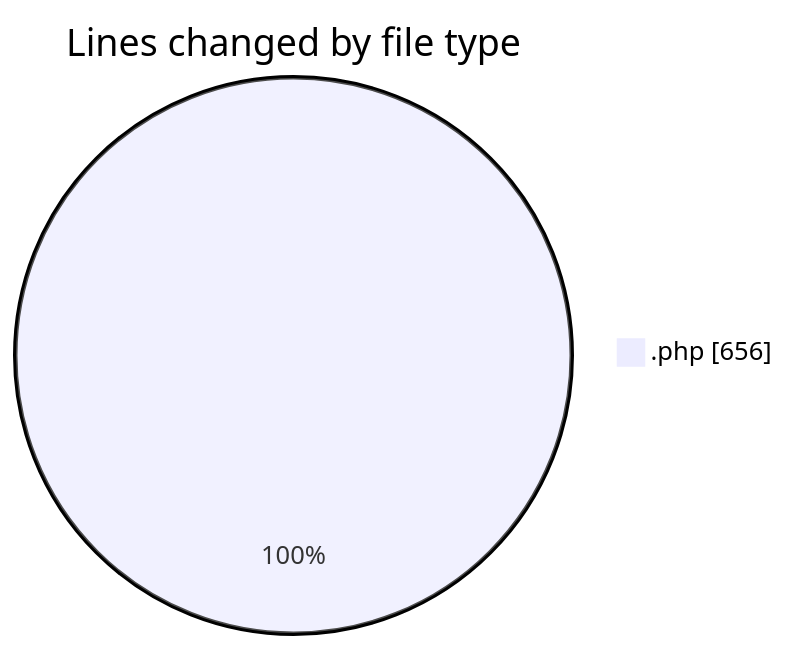
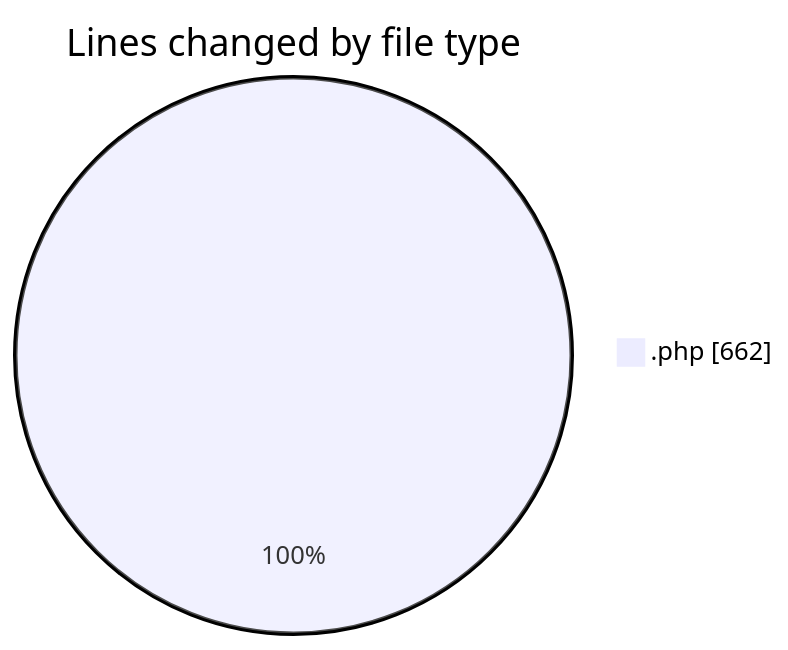
One commit to LanceThiago/code-tracking changed the first of 2 diagrams in 2025-10-03/totem2/README.md. Above: the diagram before and after it, drawn with Mermaid. The commit also changed other lines of this file and 1 other file, not shown here.

````diff
--- a/2025-10-03/totem2/README.md
+++ b/2025-10-03/totem2/README.md
@@ -21,5 +21,5 @@
 ```mermaid
 pie showData
 title Lines changed by file type
-".php" : 656
+".php" : 662
 ```
````
